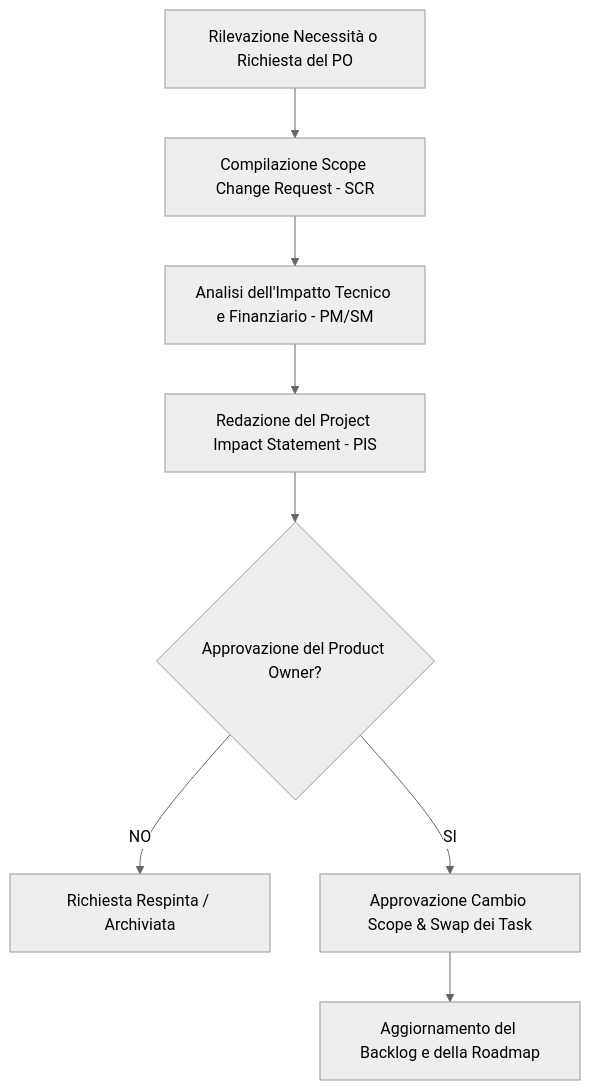
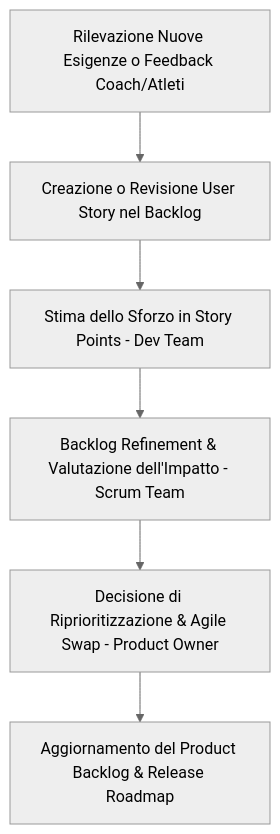
One commit to AndreaZavatta/Hyrox-Training-PM changed the diagram in Launching/3-scope_change_management.md. Above: the diagram before and after it, drawn with Mermaid (neutral theme). The commit also changed other lines of this file and 2 other files, not shown here.

Commit message:
refactor: transition scope management process from formal change requests to empirical Agile backlog refinement and swap

````diff
--- a/Launching/3-scope_change_management.md
+++ b/Launching/3-scope_change_management.md
@@ -13,10 +13,8 @@
 ```mermaid
 graph TD
-    A[Rilevazione Necessità o Richiesta del PO] --> B[Compilazione Scope Change Request - SCR]
-    B --> C[Analisi dell'Impatto Tecnico e Finanziario - PM/SM]
-    C --> D[Redazione del Project Impact Statement - PIS]
-    D --> E{Approvazione del Product Owner?}
-    E -- NO --> F[Richiesta Respinta / Archiviata]
-    E -- SI --> G[Approvazione Cambio Scope & Swap dei Task]
-    G --> H[Aggiornamento del Backlog e della Roadmap]
+    A[Rilevazione Nuove Esigenze o Feedback Coach/Atleti] --> B[Creazione o Revisione User Story nel Backlog]
+    B --> C[Stima dello Sforzo in Story Points - Dev Team]
+    C --> D[Backlog Refinement & Valutazione dell'Impatto - Scrum Team]
+    D --> E[Decisione di Riprioritizzazione & Agile Swap - Product Owner]
+    E --> F[Aggiornamento del Product Backlog & Release Roadmap]
 ```
````
